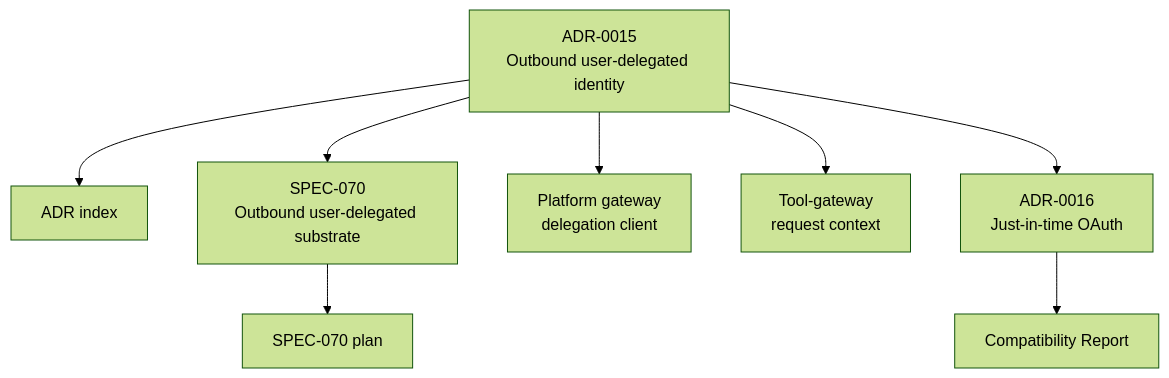
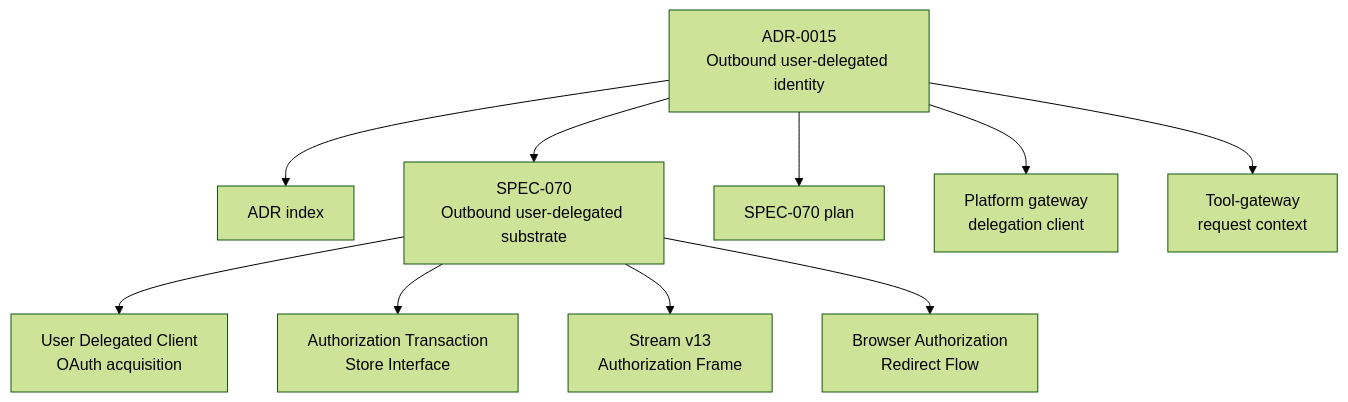
The first of 9 diagrams in .qoder/repowiki/en/content/Platform Overview/ADR-0015_ Outbound User-Delegated Identity via Per-User OAuth.md (metasync/luban-aiops), drawn with Mermaid (forest theme) before and after one commit. The commit also changed other lines of this file and 215 other files, not shown here.

````diff
--- a/.qoder/repowiki/en/content/Platform Overview/ADR-0015_ Outbound User-Delegated Identity via Per-User OAuth.md
+++ b/.qoder/repowiki/en/content/Platform Overview/ADR-0015_ Outbound User-Delegated Identity via Per-User OAuth.md
@@ -44,18 +53,22 @@
 ```mermaid
 graph TB
 ADR["ADR-0015<br/>Outbound user-delegated identity"]
 INDEX["ADR index"]
 SPEC["SPEC-070<br/>Outbound user-delegated substrate"]
 PLAN["SPEC-070 plan"]
 GW["Platform gateway<br/>delegation client"]
 TC["Tool-gateway<br/>request context"]
-ADR16["ADR-0016<br/>Just-in-time OAuth"]
-COMPAT["Compatibility Report"]
+UDC["User Delegated Client<br/>OAuth acquisition"]
+AT["Authorization Transaction<br/>Store Interface"]
+STREAM["Stream v13<br/>Authorization Frame"]
+BR["Browser Authorization<br/>Redirect Flow"]
 ADR --> INDEX
 ADR --> SPEC
-ADR --> ADR16
-ADR16 --> COMPAT
-SPEC --> PLAN
+ADR --> PLAN
 ADR --> GW
 ADR --> TC
+SPEC --> UDC
+SPEC --> AT
+SPEC --> STREAM
+SPEC --> BR
 ```
````
